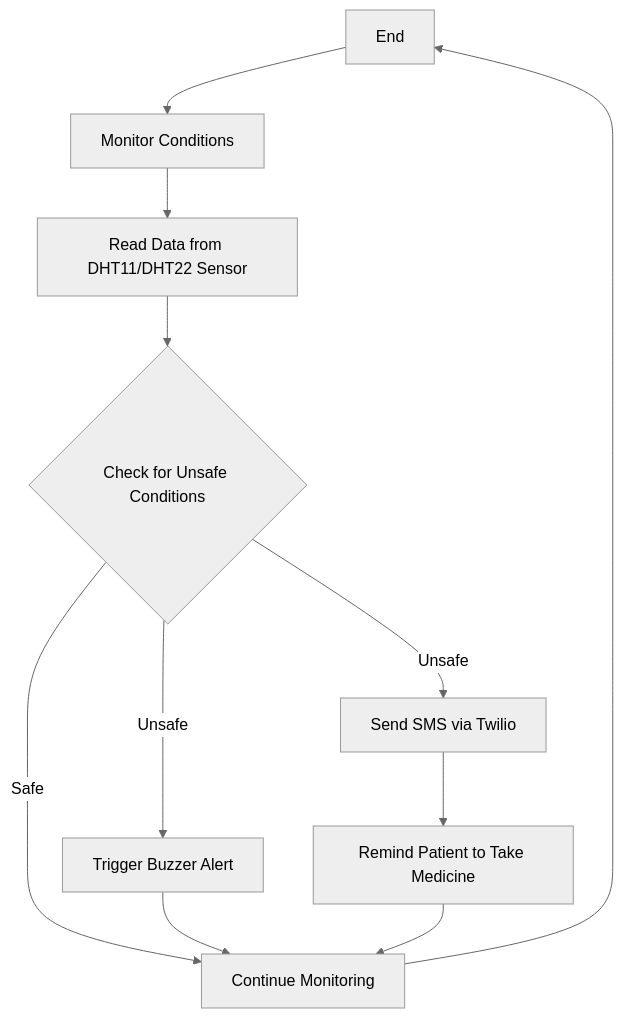
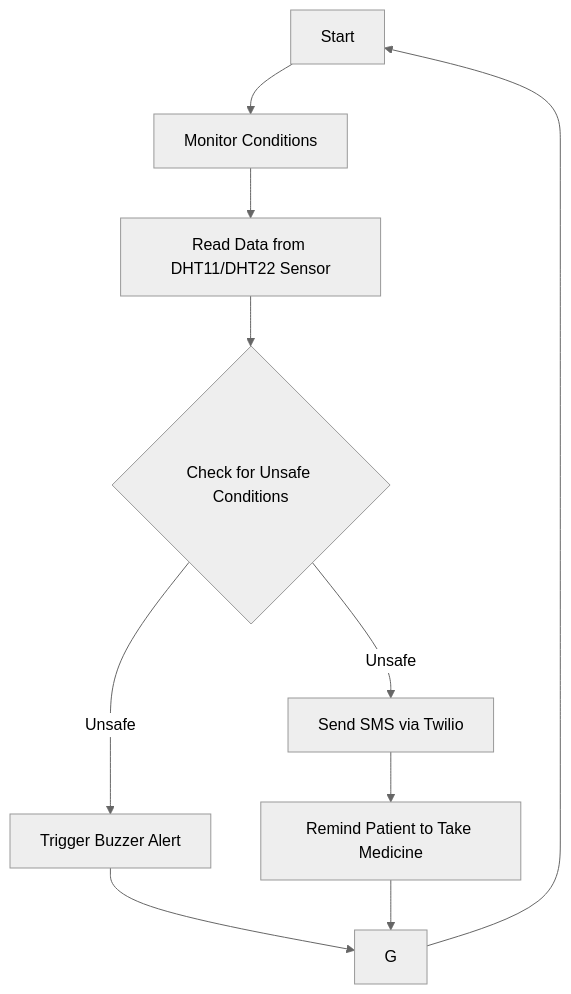
One commit to ThamilezaiAnanthakumar/Medi_BoX changed the diagram in README.md. Above: the diagram before and after it, drawn with Mermaid (neutral theme).

````diff
--- a/README.md
+++ b/README.md
@@ -19,13 +19,12 @@
 ```mermaid
 graph TD
     A[Start] --> B[Monitor Conditions]
     B --> C[Read Data from DHT11/DHT22 Sensor]
     C --> D{Check for Unsafe Conditions}
     D -- Unsafe --> E[Trigger Buzzer Alert]
     D -- Unsafe --> F[Send SMS via Twilio]
-    D -- Safe --> G[Continue Monitoring]
     E --> G
     F --> H[Remind Patient to Take Medicine]
     H --> G
-    G --> A[End]
+    G --> A
 ```
````
